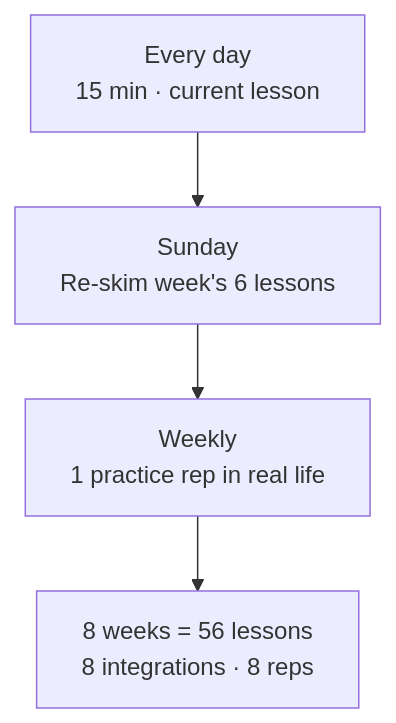
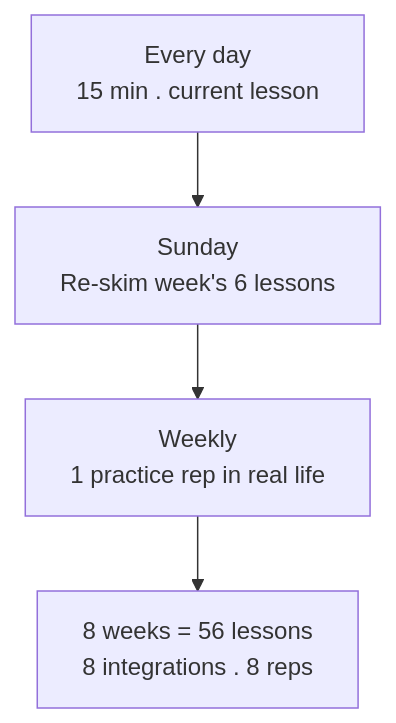
The second of 2 diagrams in docs/first-60-days/week-5/day-25.md (leotansingapore/aia-product-compass-hub), drawn with Mermaid before and after one commit. The commit also changed other lines of this file and 75 other files, not shown here.

````diff
--- a/docs/first-60-days/week-5/day-25.md
+++ b/docs/first-60-days/week-5/day-25.md
@@ -78,6 +78,6 @@
 ```mermaid
 flowchart TD
-    A["Every day<br/>15 min · current lesson"] --> B["Sunday<br/>Re-skim week's 6 lessons"]
+    A["Every day<br/>15 min . current lesson"] --> B["Sunday<br/>Re-skim week's 6 lessons"]
     B --> C["Weekly<br/>1 practice rep in real life"]
-    C --> D["8 weeks = 56 lessons<br/>8 integrations · 8 reps"]
+    C --> D["8 weeks = 56 lessons<br/>8 integrations . 8 reps"]
 ```
````
